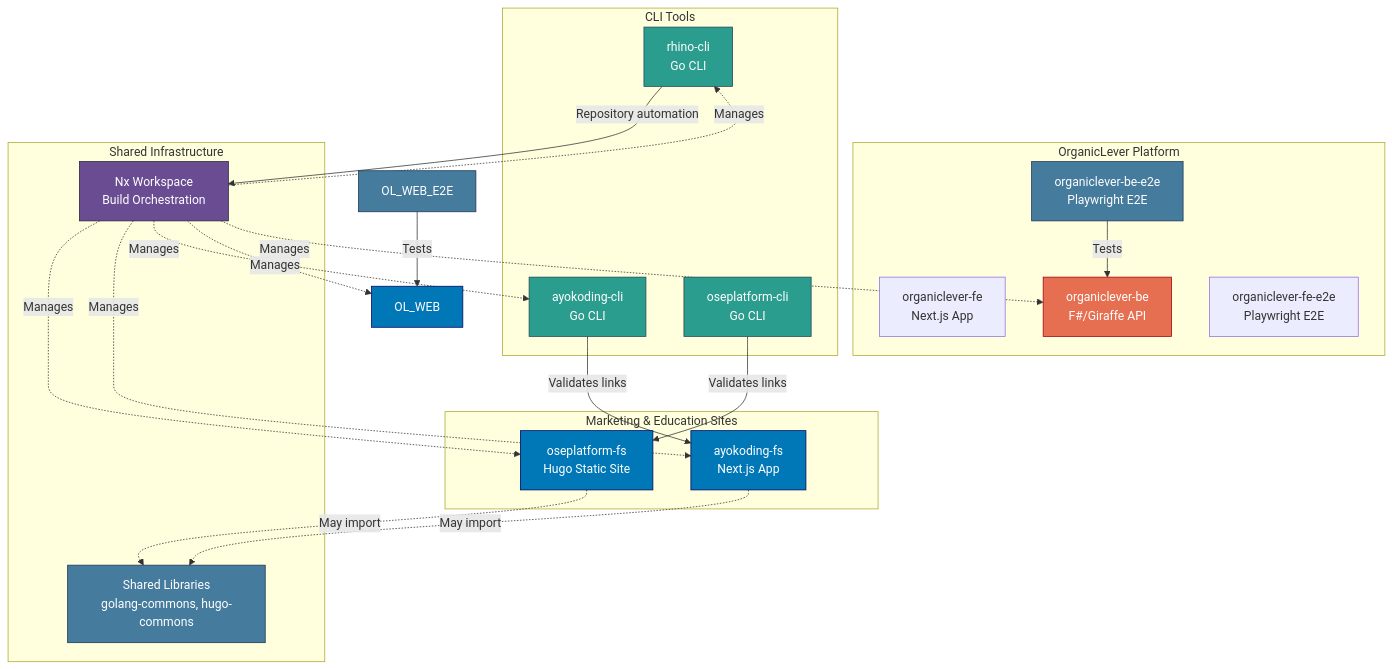
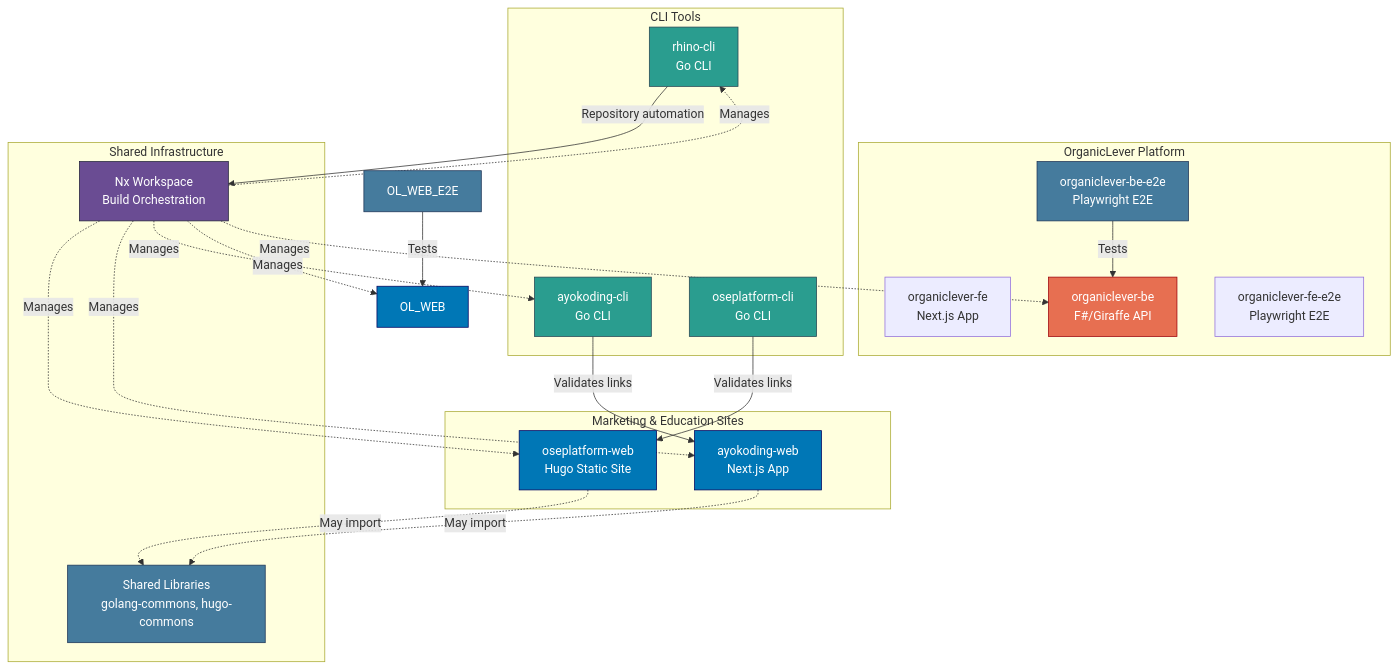
Before and after one commit to wahidyankf/open-sharia-enterprise: the diagram in docs/reference/system-architecture/re-syar__applications.md, drawn with Mermaid. The commit also changed other lines of this file and 1791 other files, not shown here.

First line of the commit message:
refactor(apps): rename ayokoding-fs to ayokoding-web and oseplatform-fs to oseplatform-web

````diff
--- a/docs/reference/system-architecture/re-syar__applications.md
+++ b/docs/reference/system-architecture/re-syar__applications.md
@@ -136,53 +136,53 @@
 ```mermaid
 graph TB
     subgraph "Marketing & Education Sites"
-        OSE[oseplatform-fs<br/>Hugo Static Site]
-        AYO[ayokoding-fs<br/>Next.js App]
+        OSE[oseplatform-web<br/>Hugo Static Site]
+        AYO[ayokoding-web<br/>Next.js App]
     end
 
     subgraph "OrganicLever Platform"
         OL_FE[organiclever-fe<br/>Next.js App]
         OL_BE[organiclever-be<br/>F#/Giraffe API]
         OL_FE_E2E[organiclever-fe-e2e<br/>Playwright E2E]
         OL_BE_E2E[organiclever-be-e2e<br/>Playwright E2E]
     end
 
     subgraph "CLI Tools"
         AYOCLI[ayokoding-cli<br/>Go CLI]
         RHINO[rhino-cli<br/>Go CLI]
         OSECLI[oseplatform-cli<br/>Go CLI]
     end
 
     subgraph "Shared Infrastructure"
         NX[Nx Workspace<br/>Build Orchestration]
         LIBS[Shared Libraries<br/>golang-commons, hugo-commons]
     end
 
     AYOCLI -->|Validates links| AYO
     RHINO -->|Repository automation| NX
     OSECLI -->|Validates links| OSE
     OL_WEB_E2E -->|Tests| OL_WEB
     OL_BE_E2E -->|Tests| OL_BE
 
     NX -.->|Manages| OSE
     NX -.->|Manages| AYO
     NX -.->|Manages| AYOCLI
     NX -.->|Manages| RHINO
     NX -.->|Manages| OL_WEB
     NX -.->|Manages| OL_BE
 
     OSE -.->|May import| LIBS
     AYO -.->|May import| LIBS
 
     style OSE fill:#0077b6,stroke:#03045e,color:#ffffff
     style AYO fill:#0077b6,stroke:#03045e,color:#ffffff
     style OL_WEB fill:#0077b6,stroke:#03045e,color:#ffffff
     style OL_BE fill:#e76f51,stroke:#9d0208,color:#ffffff
     style OL_WEB_E2E fill:#457b9d,stroke:#1d3557,color:#ffffff
     style OL_BE_E2E fill:#457b9d,stroke:#1d3557,color:#ffffff
     style AYOCLI fill:#2a9d8f,stroke:#264653,color:#ffffff
     style RHINO fill:#2a9d8f,stroke:#264653,color:#ffffff
     style OSECLI fill:#2a9d8f,stroke:#264653,color:#ffffff
     style NX fill:#6a4c93,stroke:#22223b,color:#ffffff
     style LIBS fill:#457b9d,stroke:#1d3557,color:#ffffff
 ```
````
